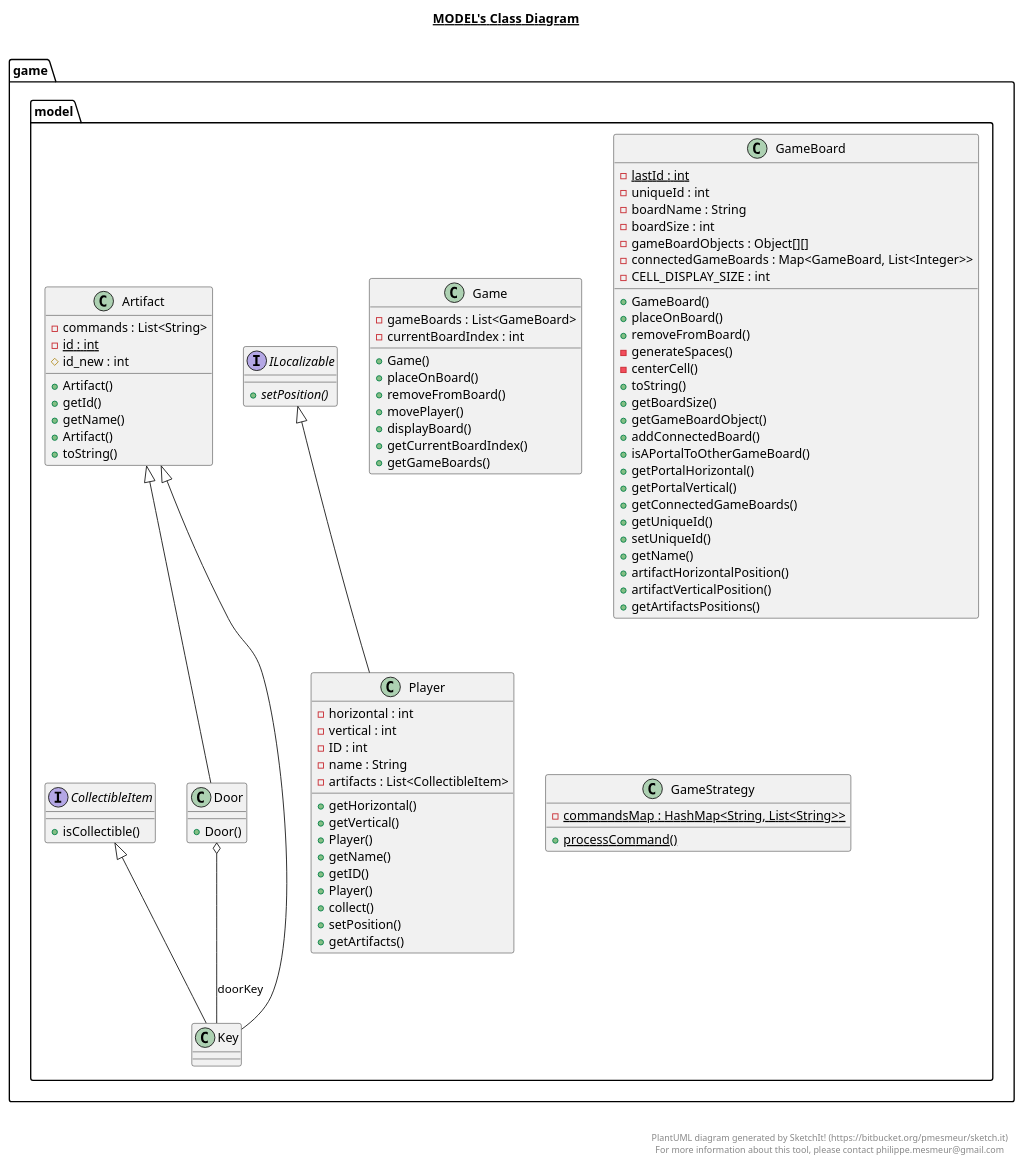
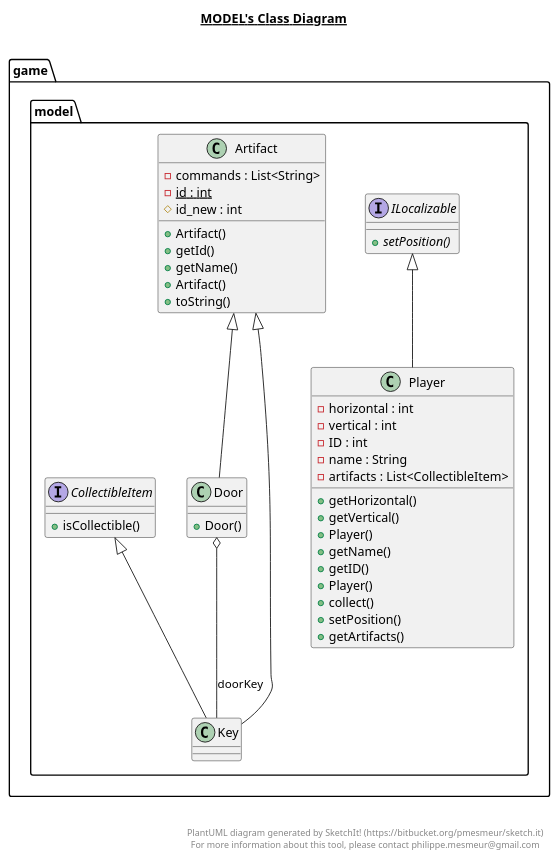
The diagram in src/game/model/model.plantuml (rflorian2017/TextAdventureGame), drawn with PlantUML before and after one commit. The commit also changed 8 other files, not shown here.

```diff
--- a/src/game/model/model.plantuml
+++ b/src/game/model/model.plantuml
@@ -1,153 +1,92 @@
 @startuml
 
 title __MODEL's Class Diagram__\n
 
   package game {
     package game.model {
       class Artifact {
           - commands : List<String>
           {static} - id : int
           # id_new : int
           + Artifact()
           + getId()
           + getName()
           + Artifact()
           + toString()
       }
     }
   }
   
 
   package game {
     package game.model {
       interface CollectibleItem {
           + isCollectible()
       }
     }
   }
   
 
   package game {
     package game.model {
       class Door {
           + Door()
-      }
-    }
-  }
-  
-
-  package game {
-    package game.model {
-      class Game {
-          - gameBoards : List<GameBoard>
-          - currentBoardIndex : int
-          + Game()
-          + placeOnBoard()
-          + removeFromBoard()
-          + movePlayer()
-          + displayBoard()
-          + getCurrentBoardIndex()
-          + getGameBoards()
-      }
-    }
-  }
-  
-
-  package game {
-    package game.model {
-      class GameBoard {
-          {static} - lastId : int
-          - uniqueId : int
-          - boardName : String
-          - boardSize : int
-          - gameBoardObjects : Object[][]
-          - connectedGameBoards : Map<GameBoard, List<Integer>>
-          - CELL_DISPLAY_SIZE : int
-          + GameBoard()
-          + placeOnBoard()
-          + removeFromBoard()
-          - generateSpaces()
-          - centerCell()
-          + toString()
-          + getBoardSize()
-          + getGameBoardObject()
-          + addConnectedBoard()
-          + isAPortalToOtherGameBoard()
-          + getPortalHorizontal()
-          + getPortalVertical()
-          + getConnectedGameBoards()
-          + getUniqueId()
-          + setUniqueId()
-          + getName()
-          + artifactHorizontalPosition()
-          + artifactVerticalPosition()
-          + getArtifactsPositions()
-      }
-    }
-  }
-  
-
-  package game {
-    package game.model {
-      class GameStrategy {
-          {static} - commandsMap : HashMap<String, List<String>>
-          {static} + processCommand()
       }
     }
   }
   
 
   package game {
     package game.model {
       interface ILocalizable {
           {abstract} + setPosition()
       }
     }
   }
   
 
   package game {
     package game.model {
       class Key {
       }
     }
   }
   
 
   package game {
     package game.model {
       class Player {
           - horizontal : int
           - vertical : int
           - ID : int
           - name : String
           - artifacts : List<CollectibleItem>
           + getHorizontal()
           + getVertical()
           + Player()
           + getName()
           + getID()
           + Player()
           + collect()
           + setPosition()
           + getArtifacts()
       }
     }
   }
   
 
   Door -up-|> Artifact
   Door o-- Key : doorKey
   Key -up-|> CollectibleItem
   Key -up-|> Artifact
   Player -up-|> ILocalizable
 
 
 right footer
 
 
 PlantUML diagram generated by SketchIt! (https://bitbucket.org/pmesmeur/sketch.it)
 For more information about this tool, please contact philippe.mesmeur@gmail.com
 endfooter
 
 @enduml
```
